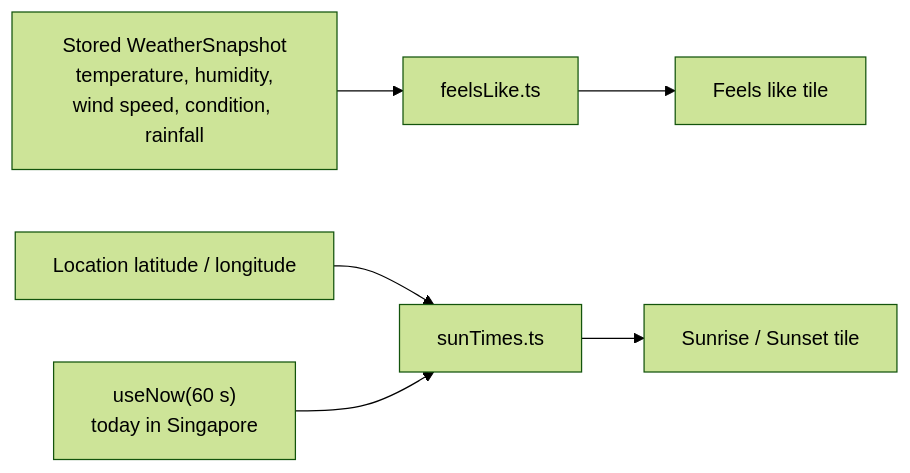
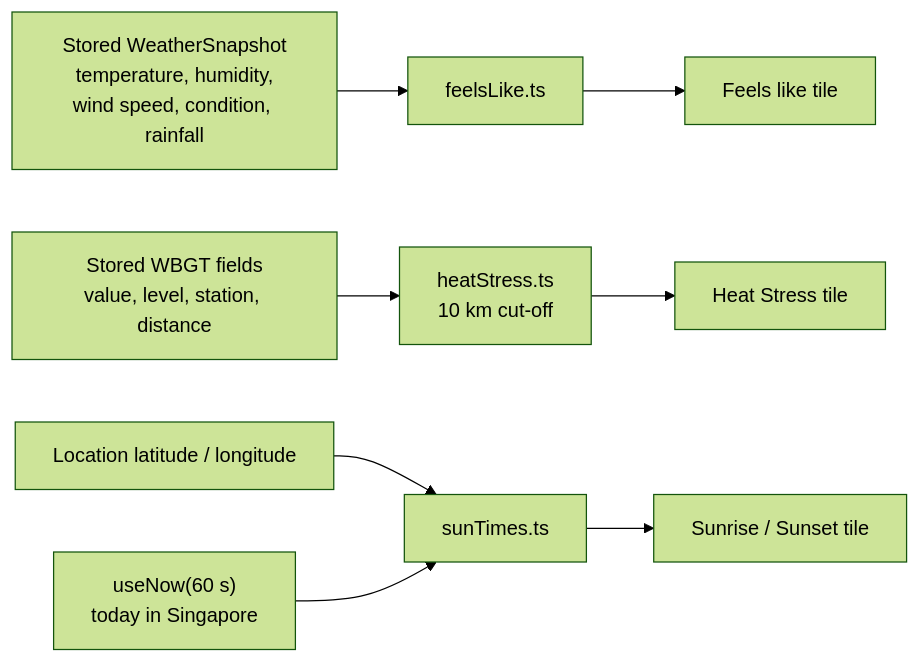
Before and after one commit to chuan77/AIxTech-SG-Weather: the first of 2 diagrams in docs/src/content/docs/frontend/derived-tiles.md, drawn with Mermaid (forest theme). The commit also changed other lines of this file and 42 other files, not shown here.

First line of the commit message:
feat: add NEA WBGT heat-stress tile with paced provider requests

````diff
--- a/docs/src/content/docs/frontend/derived-tiles.md
+++ b/docs/src/content/docs/frontend/derived-tiles.md
@@ -10,6 +10,7 @@
 ```mermaid
 flowchart LR
   Snap["Stored WeatherSnapshot<br/>temperature, humidity,<br/>wind speed, condition, rainfall"] --> FL["feelsLike.ts"] --> FLT["Feels like tile"]
+  WB["Stored WBGT fields<br/>value, level, station, distance"] --> HS["heatStress.ts<br/>10 km cut-off"] --> HST["Heat Stress tile"]
   Coords["Location latitude / longitude"] --> ST["sunTimes.ts"]
   Clock["useNow(60 s)<br/>today in Singapore"] --> ST --> SunT["Sunrise / Sunset tile"]
 ```
````
